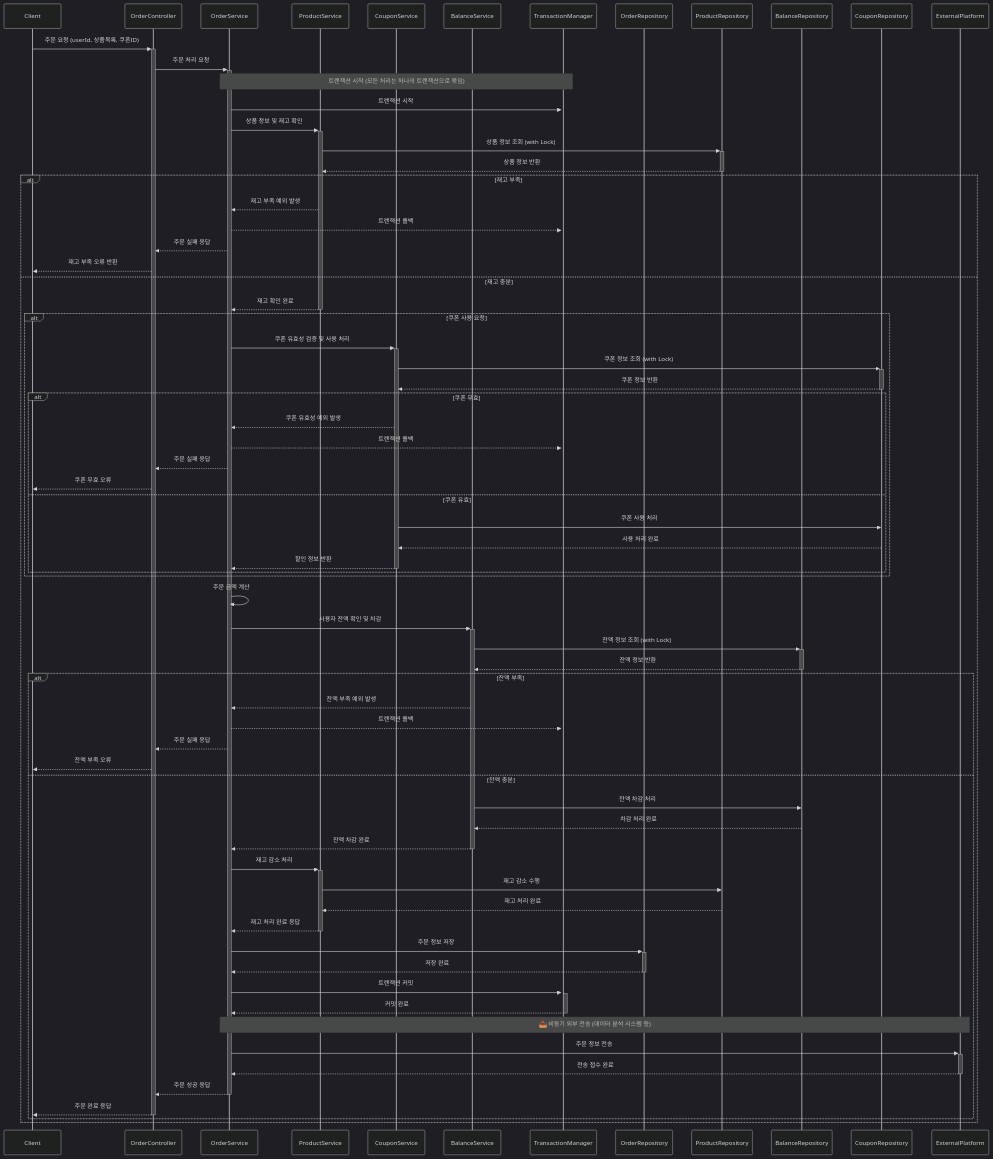
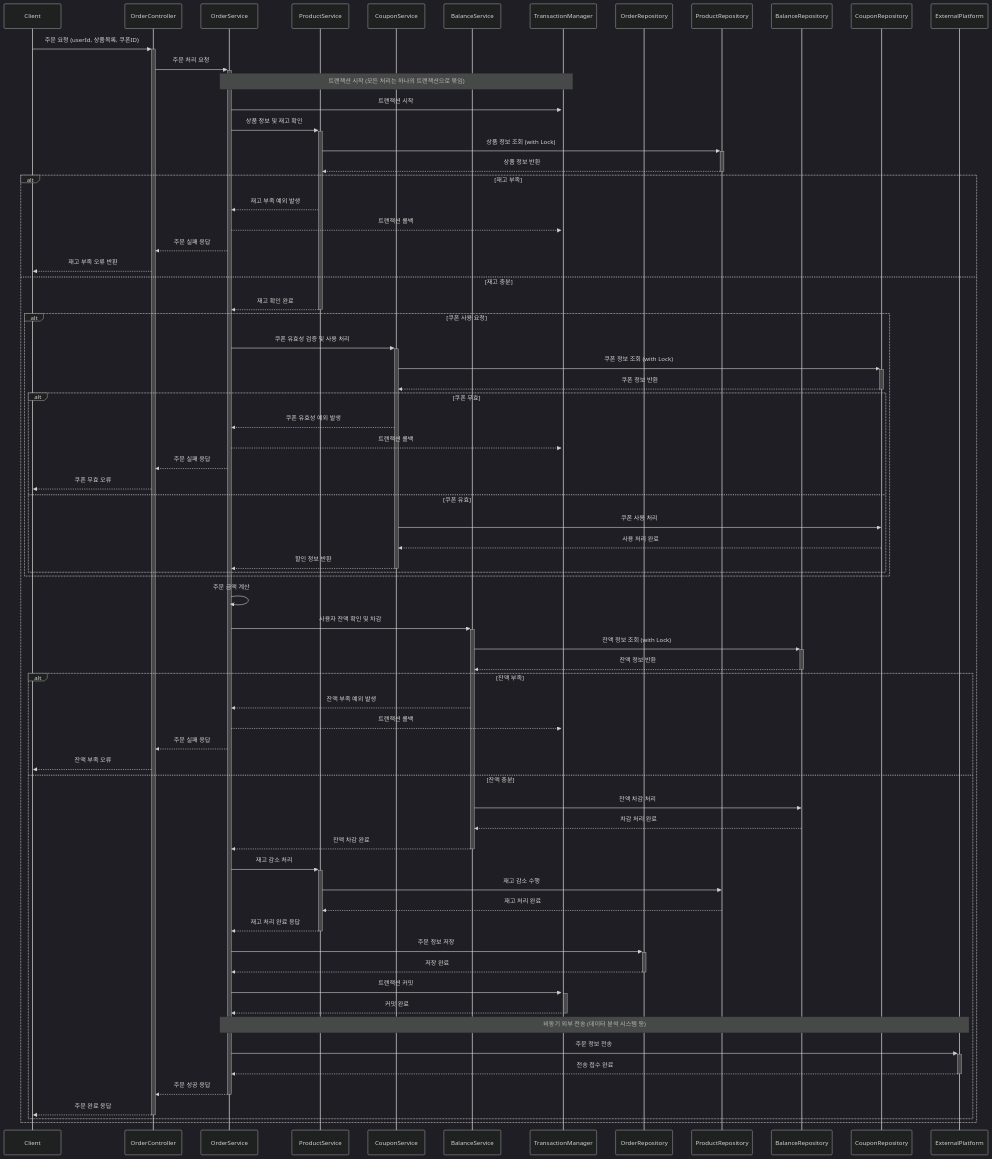
One commit to thedev-junyoung/hanghae-plus-2wd changed the diagram in docs/sequence-diagram.md. Above: the diagram before and after it, drawn with Mermaid (dark theme).

```diff
--- a/docs/sequence-diagram.md
+++ b/docs/sequence-diagram.md
@@ -87,7 +87,7 @@
             OrderService->>+TransactionManager: 트랜잭션 커밋
             TransactionManager-->>-OrderService: 커밋 완료
 
-            Note over OrderService,ExternalPlatform: 📤 비동기 외부 전송 (데이터 분석 시스템 등)
+            Note over OrderService,ExternalPlatform: 비동기 외부 전송 (데이터 분석 시스템 등)
             OrderService->>+ExternalPlatform: 주문 정보 전송
             ExternalPlatform-->>-OrderService: 전송 접수 완료
 
```
